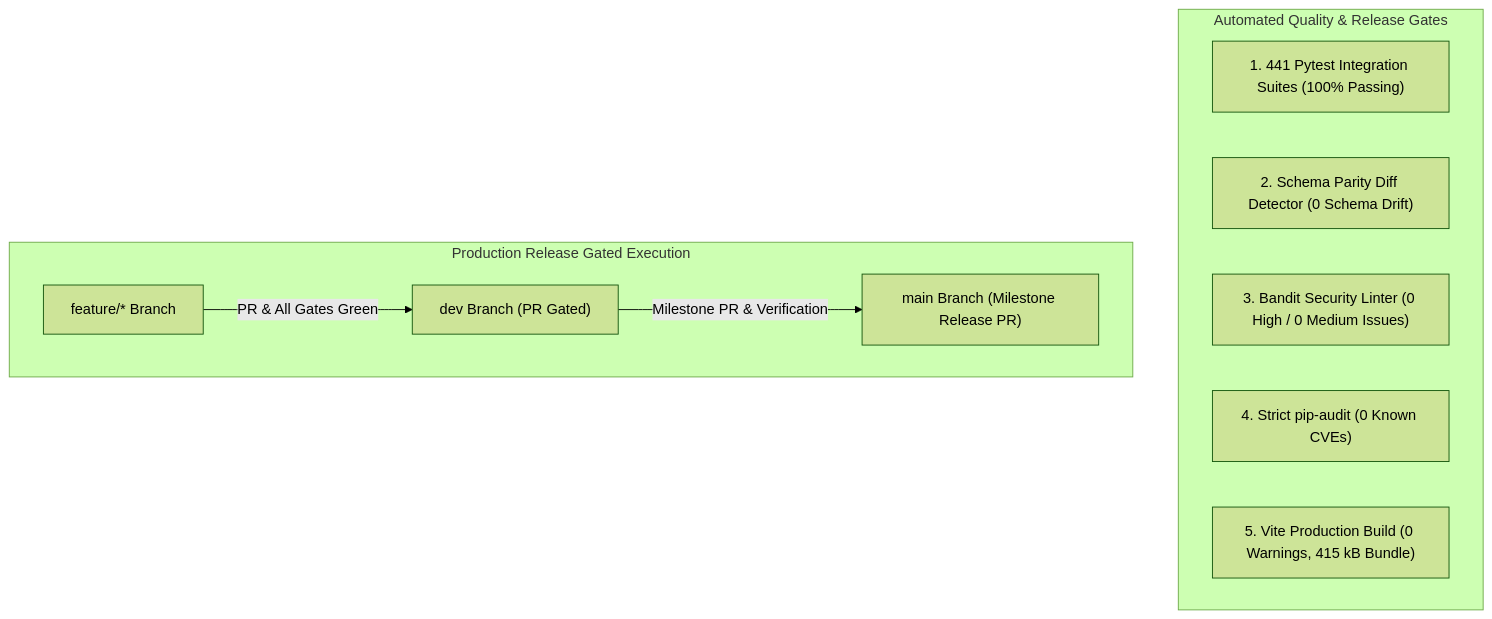
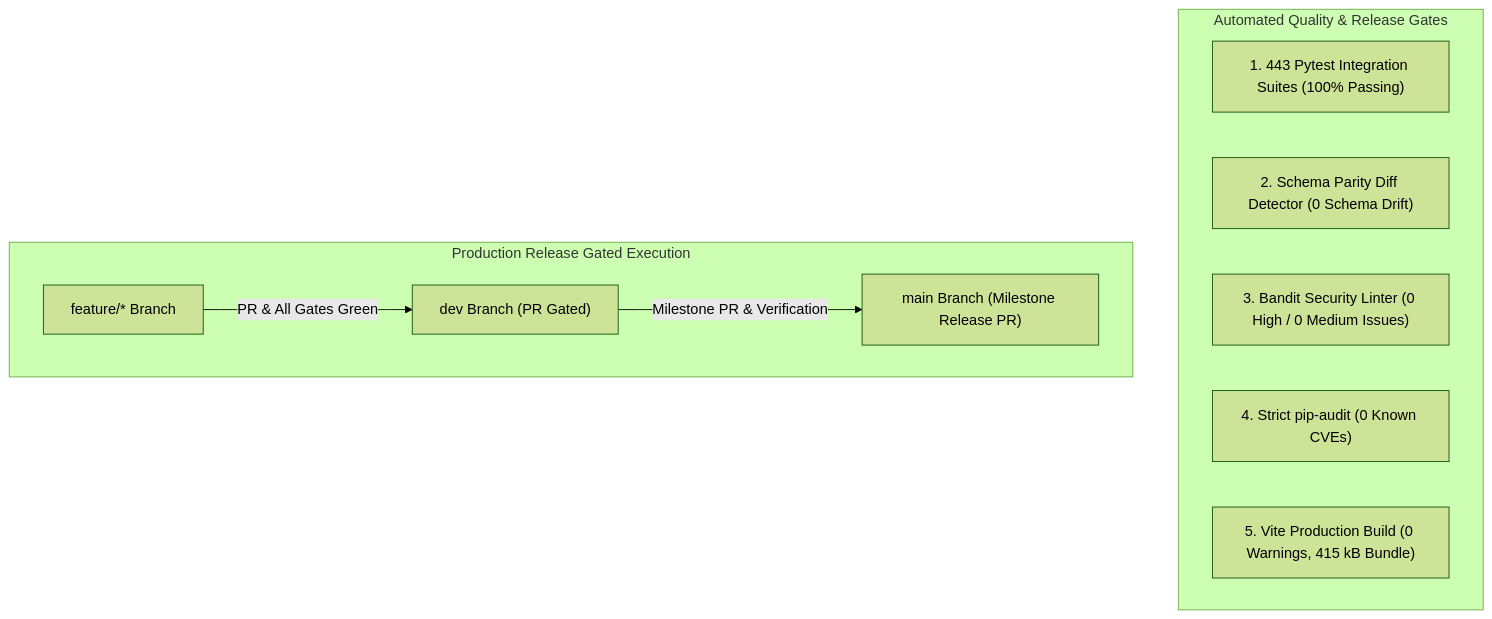
The diagram in docs/complete_guide/10_TESTING_QA_AND_RELEASE_GOVERNANCE.md (Perseus37/avinya_hms_v1), drawn with Mermaid (forest theme) before and after one commit. The commit also changed other lines of this file and 9 other files, not shown here.

````diff
--- a/docs/complete_guide/10_TESTING_QA_AND_RELEASE_GOVERNANCE.md
+++ b/docs/complete_guide/10_TESTING_QA_AND_RELEASE_GOVERNANCE.md
@@ -16,18 +16,18 @@
 ```mermaid
 flowchart TD
     subgraph GATES["Automated Quality & Release Gates"]
-        PYTEST["1. 441 Pytest Integration Suites (100% Passing)"]
+        PYTEST["1. 443 Pytest Integration Suites (100% Passing)"]
         DIFF["2. Schema Parity Diff Detector (0 Schema Drift)"]
         BANDIT["3. Bandit Security Linter (0 High / 0 Medium Issues)"]
         AUDIT["4. Strict pip-audit (0 Known CVEs)"]
         BUILD["5. Vite Production Build (0 Warnings, 415 kB Bundle)"]
     end
 
     subgraph RELEASE["Production Release Gated Execution"]
         FEATURE["feature/* Branch"]
         DEV["dev Branch (PR Gated)"]
         MAIN["main Branch (Milestone Release PR)"]
     end
 
     FEATURE -->|PR & All Gates Green| DEV -->|Milestone PR & Verification| MAIN
 ```
````
